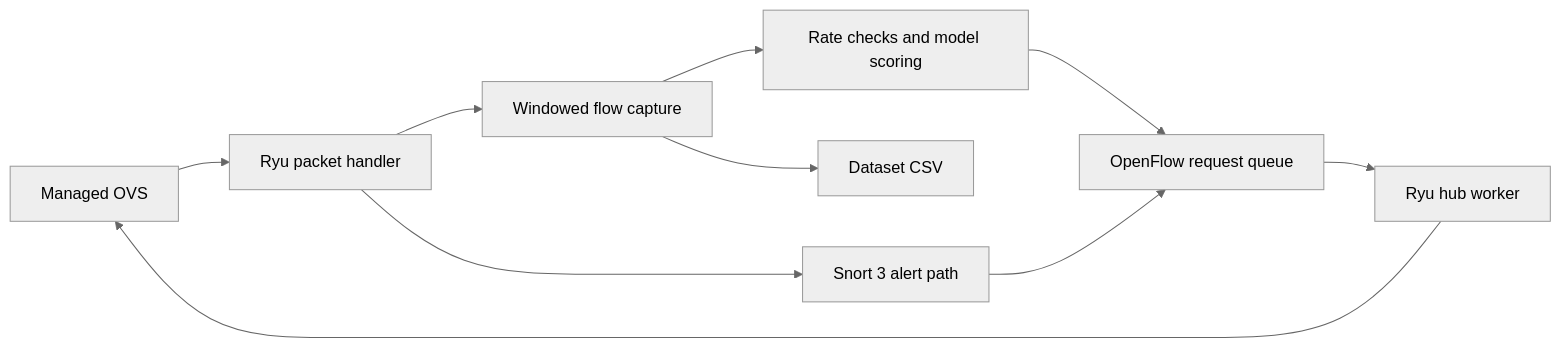
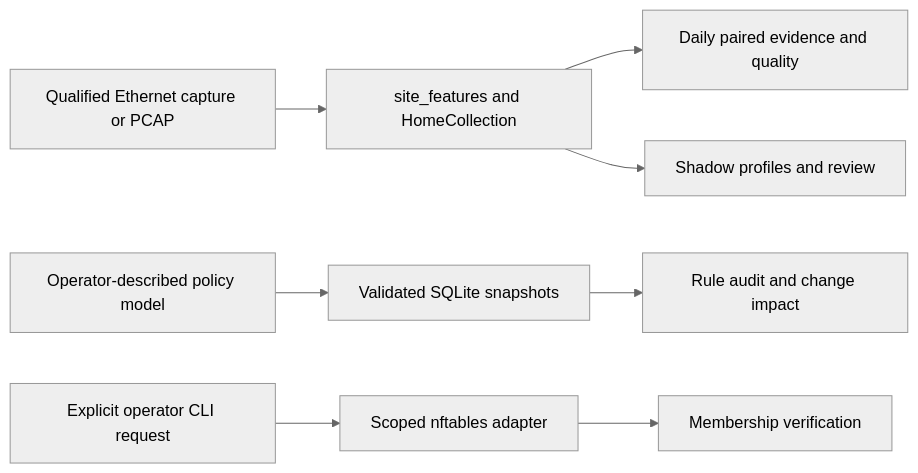
One commit to D3ath7274/GP changed the diagram in docs-site/architecture/data-flow.mdx. Above: the diagram before and after it, drawn with Mermaid (neutral theme). The commit also changed other lines of this file and 77 other files, not shown here.

First line of the commit message:
Consolidate auto-audit scope and preserve behavioral features

````diff
--- a/docs-site/architecture/data-flow.mdx
+++ b/docs-site/architecture/data-flow.mdx
@@ -7,12 +7,10 @@
 ```mermaid
 flowchart LR
-  OVS[Managed OVS] --> Ryu[Ryu packet handler]
-  Ryu --> Capture[Windowed flow capture]
-  Ryu --> Snort[Snort 3 alert path]
-  Capture --> Models[Rate checks and model scoring]
-  Capture --> CSV[Dataset CSV]
-  Models --> Queue[OpenFlow request queue]
-  Snort --> Queue
-  Queue --> Hub[Ryu hub worker]
-  Hub --> OVS
+  Frames[Qualified Ethernet capture or PCAP] --> Site[site_features and HomeCollection]
+  Site --> Evidence[Daily paired evidence and quality]
+  Site --> Shadow[Shadow profiles and review]
+  Model[Operator-described policy model] --> Store[Validated SQLite snapshots]
+  Store --> Audit[Rule audit and change impact]
+  Request[Explicit operator CLI request] --> NFT[Scoped nftables adapter]
+  NFT --> Readback[Membership verification]
 ```
````
